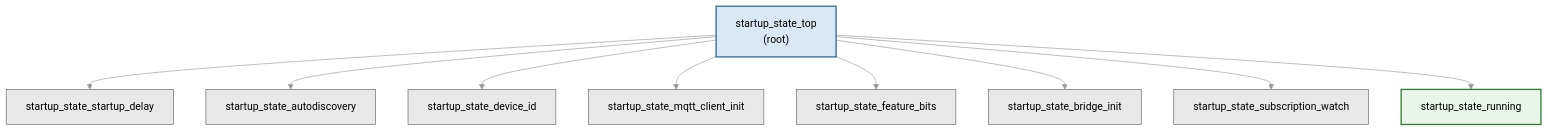
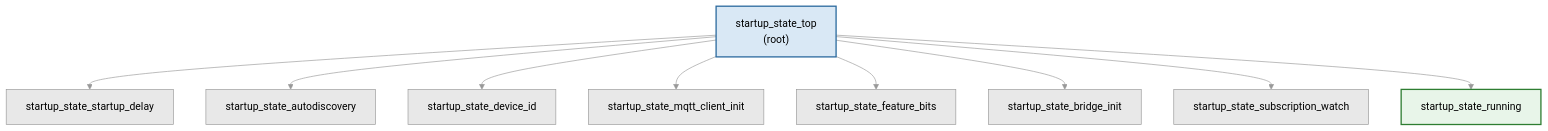
Before and after one commit to eddietheengineer/home-assistant-bridge-esphome: the second of 2 diagrams in docs/architecture/startup-sequence.md, drawn with Mermaid. The commit also changed 2 other files, not shown here.

Commit message:
fix(docs): address PR review findings
- Fix stale stroke:#666666 in HSM Structure diagram (startup-sequence.md)
- Add disjoint entry sets note to synchronization description
- Clarify feature bit parsing with specific ERD IDs (0x0092, 0x0093-0x0097,
  0x0109-0x010D)
- Clarify AUTO fallback has two independent triggers (quiet period vs.
  3-strike rule)
- Add sequence diagram actor variables note to style guide

````diff
--- a/docs/architecture/startup-sequence.md
+++ b/docs/architecture/startup-sequence.md
@@ -185,30 +185,30 @@
 ```mermaid
 %%{init: {"theme":"neutral","themeVariables":{"primaryColor":"#4a90d9","primaryBorderColor":"#2c6a9e","primaryTextColor":"#1a1a1a","secondaryColor":"#d9e8f5","tertiaryColor":"#f0f0f0","lineColor":"#999999","clusterBkg":"#f5f5f5","clusterBorder":"#aaaaaa","fontFamily":"monospace","nodeBorder":"#888888"}}}%%
 graph TB
     TOP["startup_state_top<br/>(root)"]
     SD["startup_state_startup_delay"]
     AD["startup_state_autodiscovery"]
     DI["startup_state_device_id"]
     MC["startup_state_mqtt_client_init"]
     FB["startup_state_feature_bits"]
     BI["startup_state_bridge_init"]
     SW["startup_state_subscription_watch"]
     RN["startup_state_running"]
 
     classDef root fill:#d9e8f5,stroke:#2c6a9e,stroke-width:2px
-    classDef state fill:#e8e8e8,stroke:#666666
+    classDef state fill:#e8e8e8,stroke:#999999
     classDef terminal fill:#e8f5e9,stroke:#2e7d32,stroke-width:2px
 
     class TOP root
     class SD,AD,DI,MC,FB,BI,SW state
     class RN terminal
 
     TOP --> SD
     TOP --> AD
     TOP --> DI
     TOP --> MC
     TOP --> FB
     TOP --> BI
     TOP --> SW
     TOP --> RN
 ```
````
